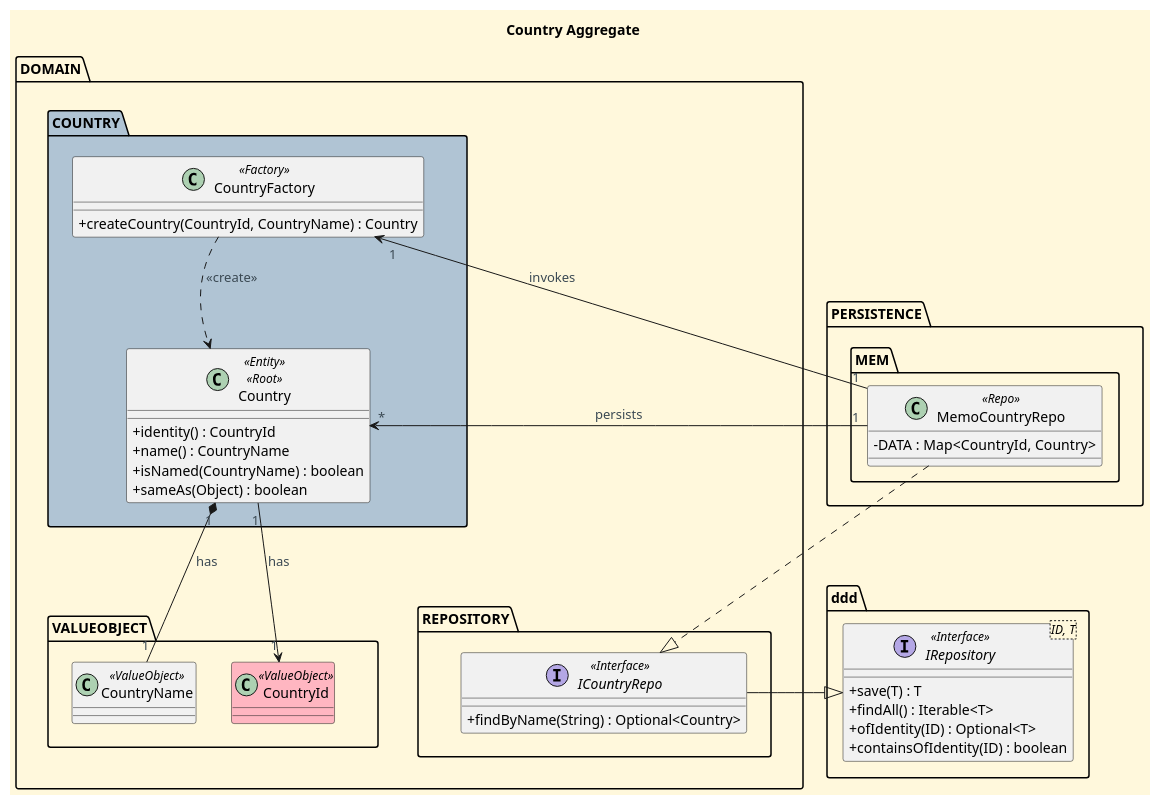
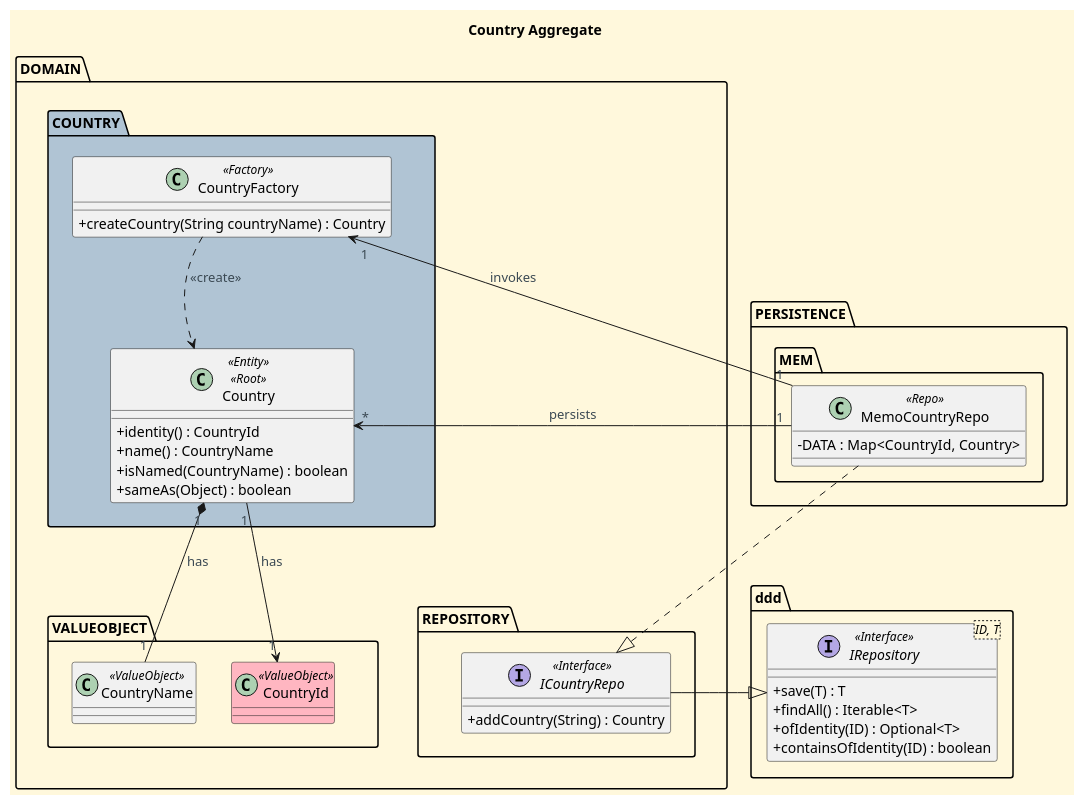
Before and after one commit to CarolinaLeite-collab/JavaMarketplacePlatform: the diagram in docs/aggregates-diagrams/Country_Agregate.puml, drawn with PlantUML.

Commit message:
docs: create Country Aggregate UML diagram closes #474

```diff
--- a/docs/aggregates-diagrams/Country_Agregate.puml
+++ b/docs/aggregates-diagrams/Country_Agregate.puml
@@ -1,83 +1,83 @@
 @startuml
 
 title Country Aggregate
 
 '==== basic style ====
 skinparam monochrome false
 skinparam shadowing false
 skinparam defaultFontName Futura
 skinparam objectFontSize 20
 skinparam backgroundColor CornSilk
 skinparam objectBackgroundColor WhiteSmoke
 skinparam noteBackgroundColor #FFFFE0
 skinparam ArrowFontColor #3B4953
 skinparam ActivationBackgroundColor black
 skinparam classAttributeIconSize 0
 
 top to bottom direction
 
 Package "DOMAIN" {
 
     Package "COUNTRY" <<Folder>> #b0c4d4 {
         class Country <<Entity>> <<Root>> {
             +identity() : CountryId
             +name() : CountryName
             +isNamed(CountryName) : boolean
             +sameAs(Object) : boolean
         }
 
         class CountryFactory <<Factory>> {
-            +createCountry(CountryId, CountryName) : Country
+            +createCountry(String countryName) : Country
         }
     }
 
     Package "VALUEOBJECT" <<Folder>> {
         class CountryId <<ValueObject>> #LightPink {
         }
 
         class CountryName <<ValueObject>> {
         }
     }
 
     Package "REPOSITORY" <<Folder>> {
         interface ICountryRepo <<Interface>> {
-            +findByName(String) : Optional<Country>
+            +addCountry(String) : Country
         }
     }
 
     ' Layout adjustments
     COUNTRY -[hidden]right- REPOSITORY
     VALUEOBJECT -[hidden]right- REPOSITORY
     COUNTRY -[hidden]down- VALUEOBJECT
 }
 
 Package "ddd" {
     interface "IRepository<ID, T>" as IRepository <<Interface>> {
         +save(T) : T
         +findAll() : Iterable<T>
         +ofIdentity(ID) : Optional<T>
         +containsOfIdentity(ID) : boolean
     }
 }
 
 Package "PERSISTENCE" {
     package "MEM" {
         class MemoCountryRepo <<Repo>> {
         -DATA : Map<CountryId, Country>
         }
     }
 }
 
 ' ===== Relations =====
 
 CountryFactory "1" <-- "1" MemoCountryRepo : invokes
 Country "1" --> "1" CountryId : has
 Country "1" *-- "1" CountryName : has
 
 ICountryRepo -|> IRepository
 MemoCountryRepo ..|> ICountryRepo
 Country "*" <- "1" MemoCountryRepo : persists
 
 CountryFactory ..> Country : <<create>>
 
 @enduml
```
